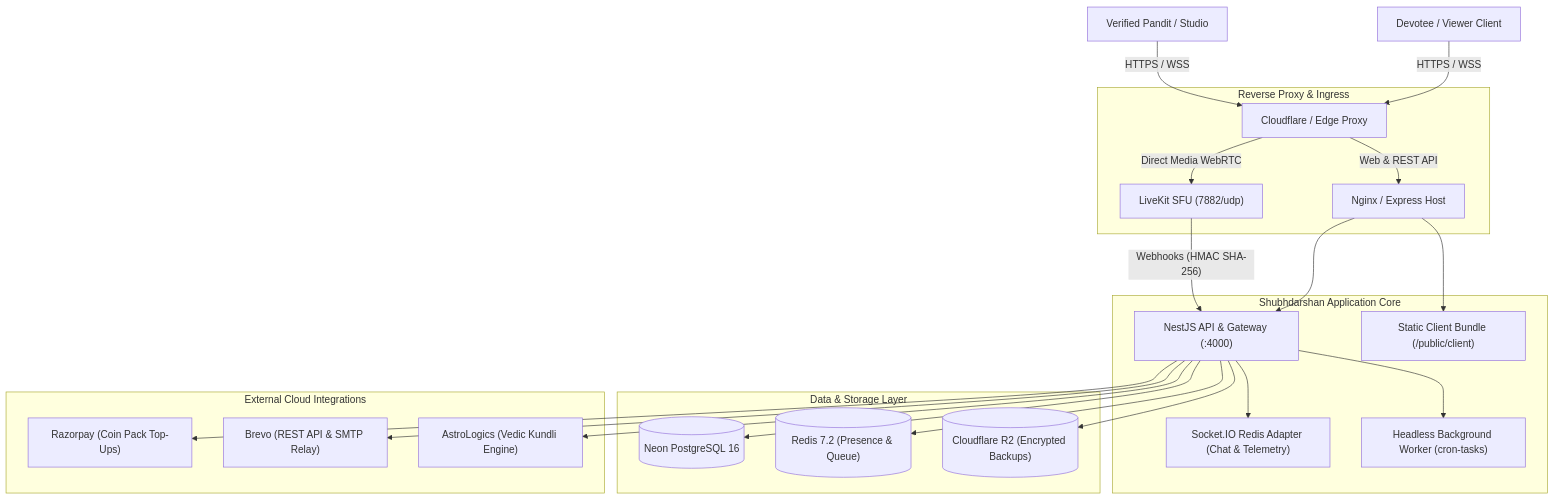
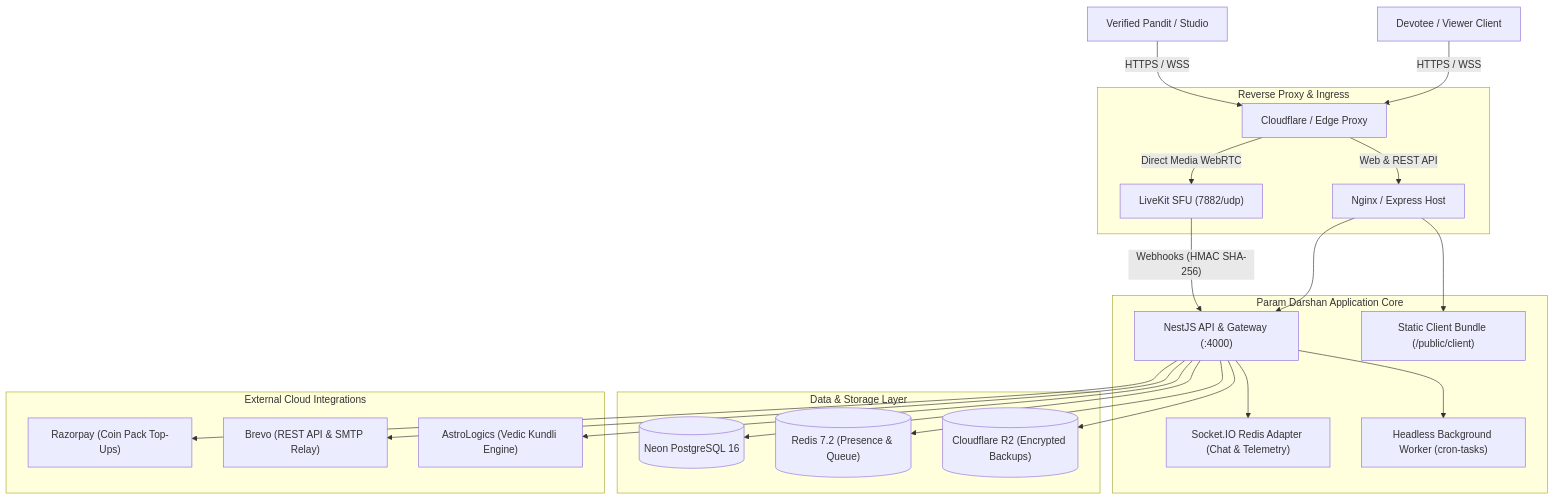
Before and after one commit to AnkitTiwari2005/LIVE-STREAM: the first of 3 diagrams in README.md, drawn with Mermaid. The commit also changed other lines of this file and 271 other files, not shown here.

Commit message:
chore: full platform rebrand from Shubhdarshan to Param Darshan

````diff
--- a/README.md
+++ b/README.md
@@ -108,30 +108,30 @@
 ```mermaid
 flowchart TD
     devotee["Devotee / Viewer Client"] -->|"HTTPS / WSS"| cf["Cloudflare / Edge Proxy"]
     acharya["Verified Pandit / Studio"] -->|"HTTPS / WSS"| cf
 
     subgraph edge ["Reverse Proxy & Ingress"]
         cf -->|"Web & REST API"| nginx["Nginx / Express Host"]
         cf -->|"Direct Media WebRTC"| lk["LiveKit SFU (7882/udp)"]
     end
 
-    subgraph app_core ["Shubhdarshan Application Core"]
+    subgraph app_core ["Param Darshan Application Core"]
         nginx --> api["NestJS API & Gateway (:4000)"]
         nginx --> static_ui["Static Client Bundle (/public/client)"]
         api --> socket["Socket.IO Redis Adapter (Chat & Telemetry)"]
         api --> worker["Headless Background Worker (cron-tasks)"]
         lk -->|"Webhooks (HMAC SHA-256)"| api
     end
 
     subgraph data_stores ["Data & Storage Layer"]
         api --> db[("Neon PostgreSQL 16")]
         api --> redis[("Redis 7.2 (Presence & Queue)")]
         api --> r2[("Cloudflare R2 (Encrypted Backups)")]
     end
 
     subgraph integrations ["External Cloud Integrations"]
         api --> rzp["Razorpay (Coin Pack Top-Ups)"]
         api --> brevo["Brevo (REST API & SMTP Relay)"]
         api --> astro["AstroLogics (Vedic Kundli Engine)"]
     end
 ```
````
